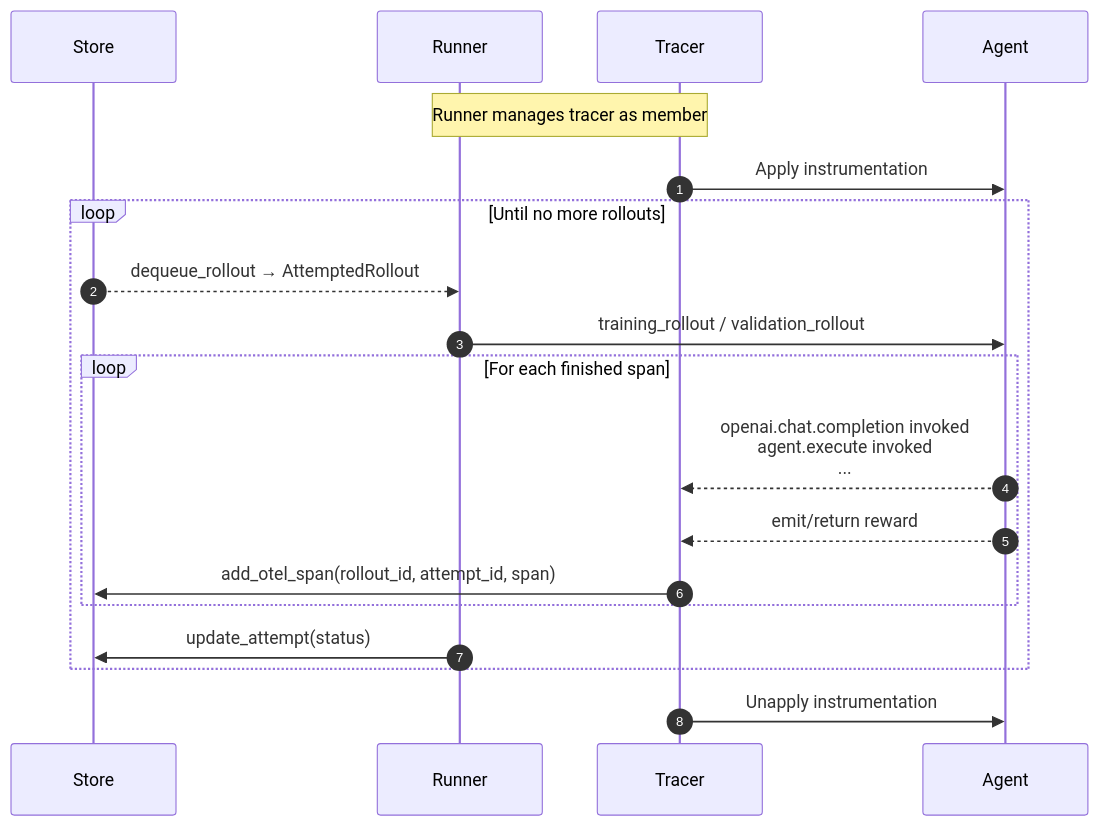
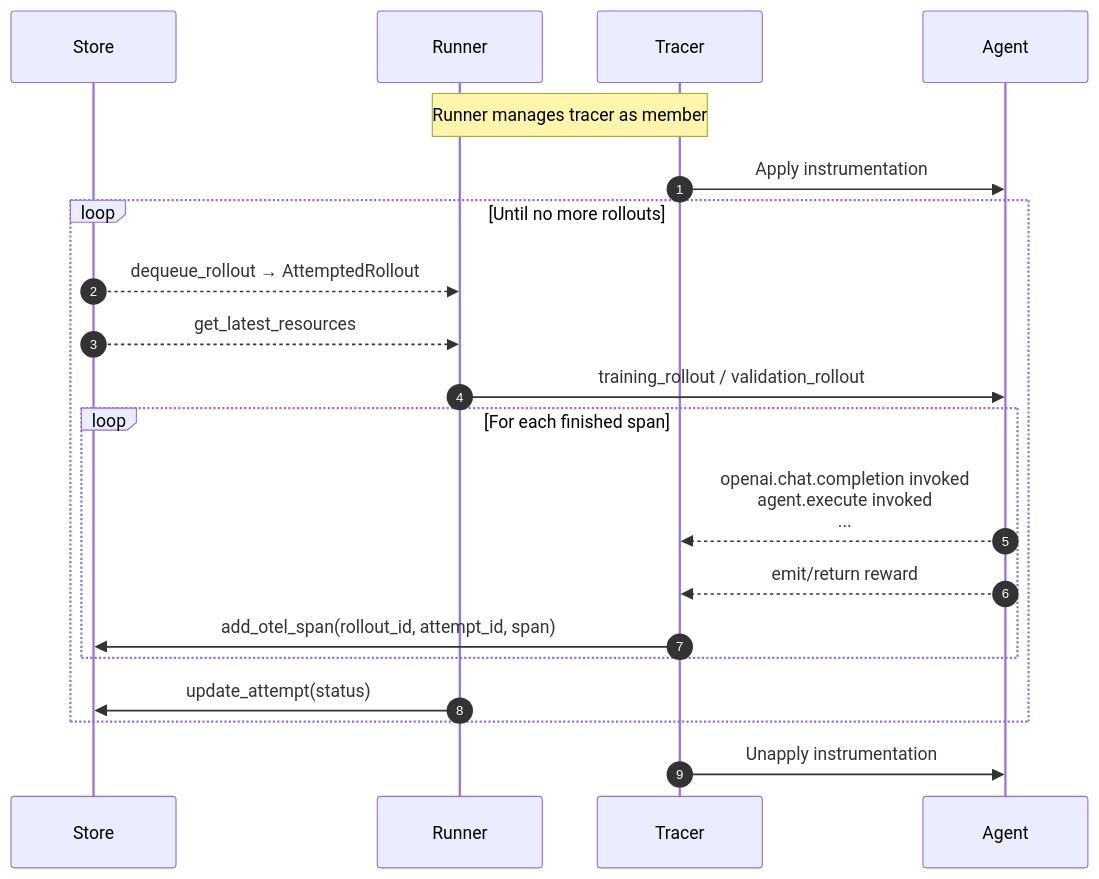
The second of 4 diagrams in docs/deep-dive/birds-eye-view.md (microsoft/agent-lightning), drawn with Mermaid before and after one commit. The commit also changed other lines of this file, not shown here.

````diff
--- a/docs/deep-dive/birds-eye-view.md
+++ b/docs/deep-dive/birds-eye-view.md
@@ -49,24 +50,24 @@
 ```mermaid
 sequenceDiagram
     autonumber
     participant Store
     participant Runner
     participant Tracer
     participant Agent
 
     Note over Runner,Tracer: Runner manages tracer as member
 
     Tracer->>Agent: Apply instrumentation
     loop Until no more rollouts
         Store-->>Runner: dequeue_rollout → AttemptedRollout
+        Store-->>Runner: get_latest_resources
         Runner->>Agent: training_rollout / validation_rollout
         loop For each finished span
             Agent-->>Tracer: openai.chat.completion invoked<br>agent.execute invoked<br>...
             Agent-->>Tracer: emit/return reward
             Tracer->>Store: add_otel_span(rollout_id, attempt_id, span)
         end
         Runner->>Store: update_attempt(status)
     end
     Tracer->>Agent: Unapply instrumentation
-
 ```
````
